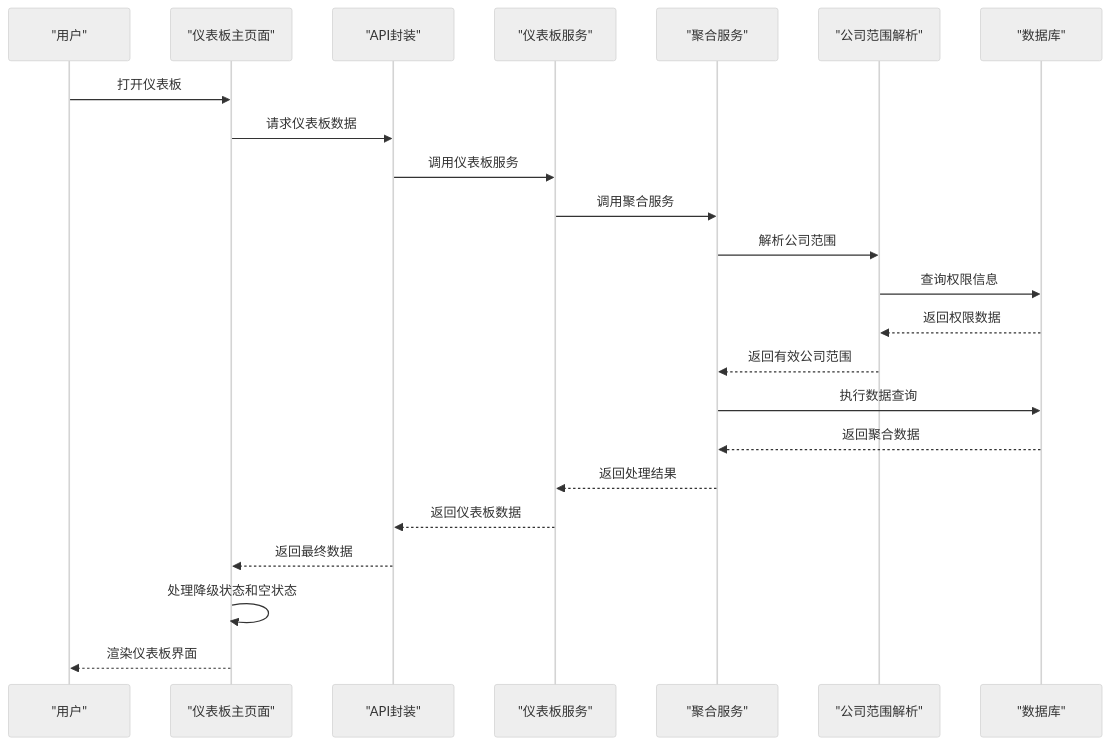
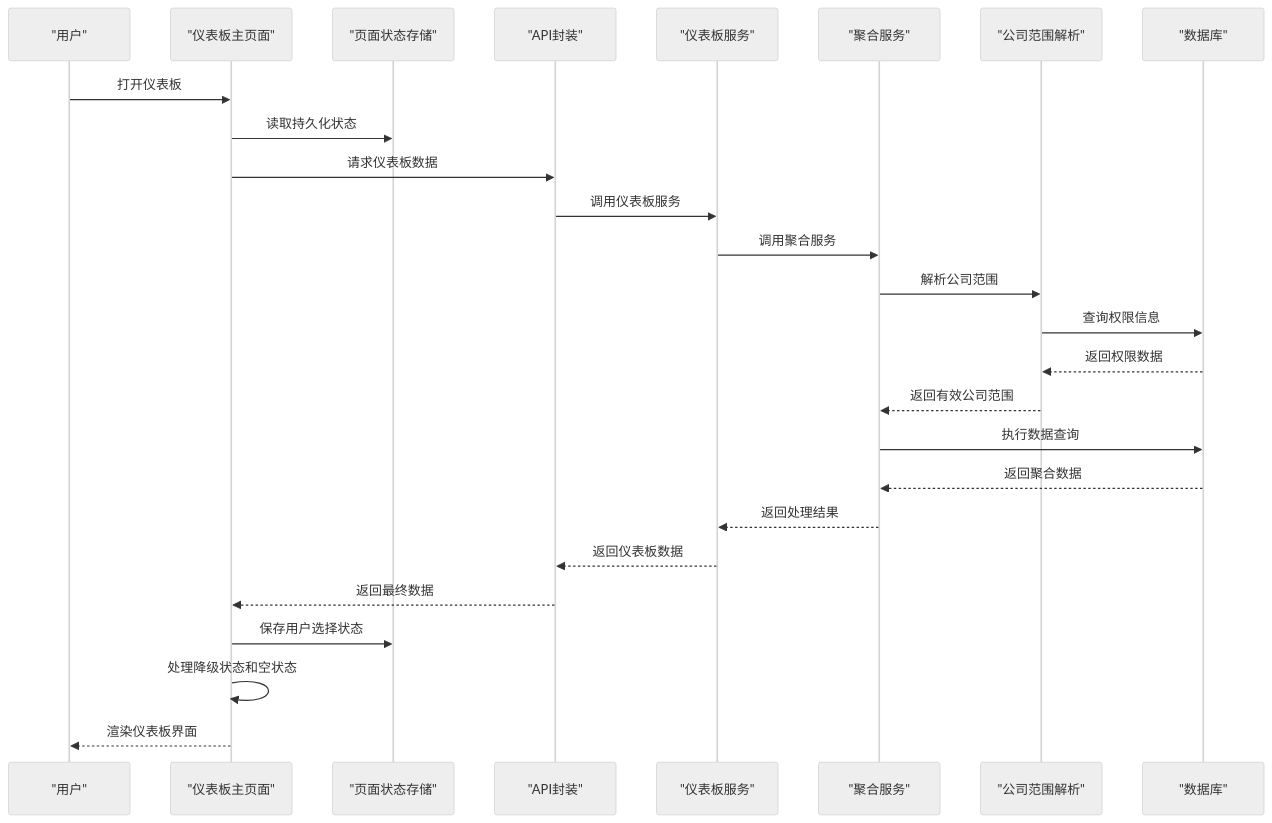
One commit to Damao997/newproject changed the second of 4 diagrams in .qoder/repowiki/zh/content/页面组件/仪表板页面.md. Above: the diagram before and after it, drawn with Mermaid (neutral theme). The commit also changed other lines of this file and 22 other files, not shown here.

````diff
--- a/.qoder/repowiki/zh/content/页面组件/仪表板页面.md
+++ b/.qoder/repowiki/zh/content/页面组件/仪表板页面.md
@@ -175,25 +194,28 @@
 ```mermaid
 sequenceDiagram
 participant U as "用户"
 participant P as "仪表板主页面"
+participant PS as "页面状态存储"
 participant A as "API封装"
 participant DS as "仪表板服务"
 participant AS as "聚合服务"
 participant RDC as "公司范围解析"
 participant DB as "数据库"
 U->>P : 打开仪表板
+P->>PS : 读取持久化状态
 P->>A : 请求仪表板数据
 A->>DS : 调用仪表板服务
 DS->>AS : 调用聚合服务
 AS->>RDC : 解析公司范围
 RDC->>DB : 查询权限信息
 DB-->>RDC : 返回权限数据
 RDC-->>AS : 返回有效公司范围
 AS->>DB : 执行数据查询
 DB-->>AS : 返回聚合数据
 AS-->>DS : 返回处理结果
 DS-->>A : 返回仪表板数据
 A-->>P : 返回最终数据
+P->>PS : 保存用户选择状态
 P->>P : 处理降级状态和空状态
 P-->>U : 渲染仪表板界面
 ```
````
